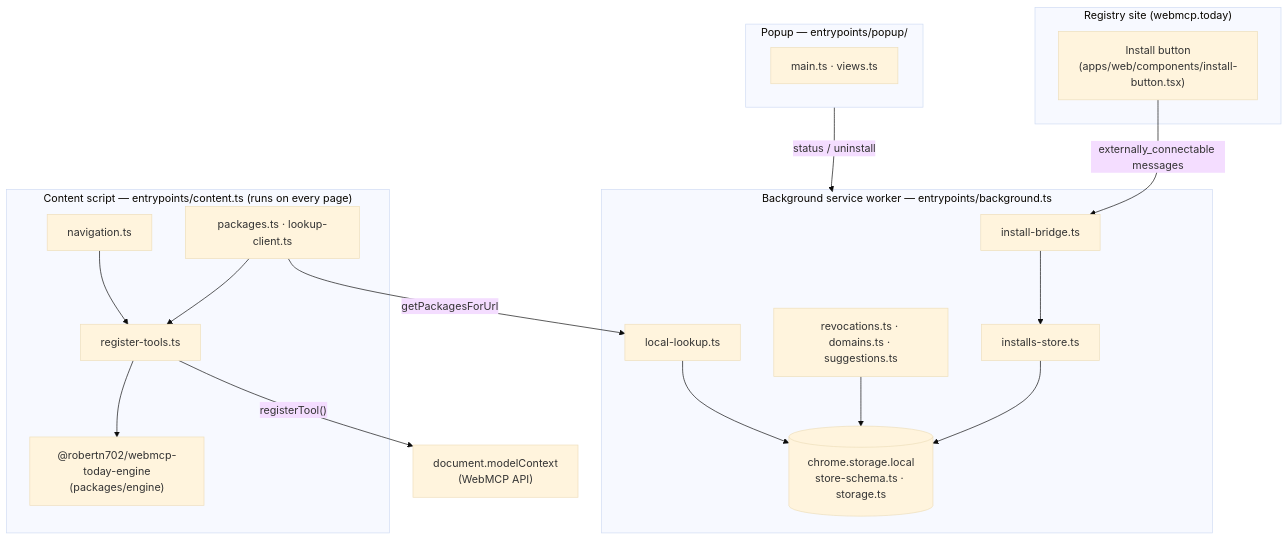
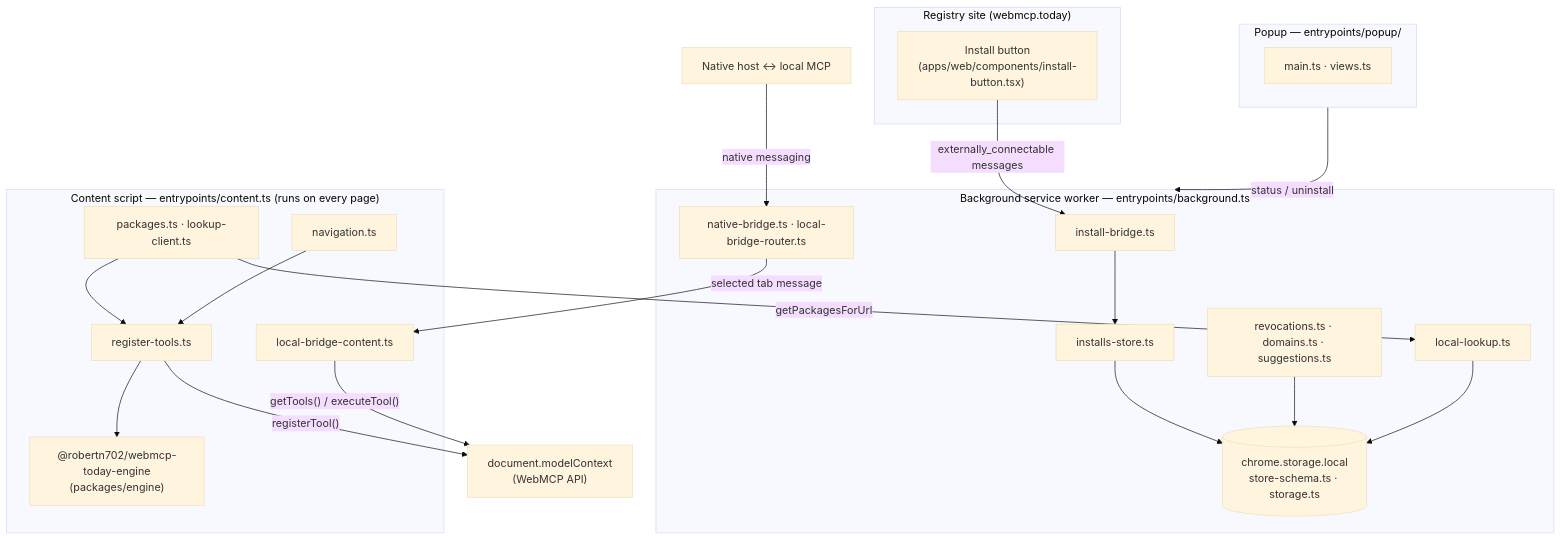
The first of 6 diagrams in apps/extension/ARCHITECTURE.md (robertn702/webmcp-today), drawn with Mermaid (base theme) before and after one commit. The commit also changed other lines of this file and 10 other files, not shown here.

Commit message:
docs: replace stale DevTools MCP guidance with local bridge

````diff
--- a/apps/extension/ARCHITECTURE.md
+++ b/apps/extension/ARCHITECTURE.md
@@ -15,36 +15,41 @@
 ```mermaid
 flowchart TB
     subgraph Site["Registry site (webmcp.today)"]
         UI["Install button<br/>(apps/web/components/install-button.tsx)"]
     end
 
     subgraph BG["Background service worker — entrypoints/background.ts"]
-        BRIDGE["install-bridge.ts"]
+        IBRIDGE["install-bridge.ts"]
+        LBRIDGE["native-bridge.ts · local-bridge-router.ts"]
         LOOKUP["local-lookup.ts"]
         POLLS["revocations.ts · domains.ts · suggestions.ts"]
         STORE["installs-store.ts"]
         ST[("chrome.storage.local<br/>store-schema.ts · storage.ts")]
-        BRIDGE --> STORE --> ST
+        IBRIDGE --> STORE --> ST
         POLLS --> ST
         LOOKUP --> ST
     end
 
     subgraph CS["Content script — entrypoints/content.ts (runs on every page)"]
         PKG["packages.ts · lookup-client.ts"]
         REG["register-tools.ts"]
+        LCONTENT["local-bridge-content.ts"]
         NAV["navigation.ts"]
         EXEC["@robertn702/webmcp-today-engine<br/>(packages/engine)"]
         PKG --> REG
         NAV --> REG
         REG --> EXEC
     end
 
     subgraph POP["Popup — entrypoints/popup/"]
         VIEWS["main.ts · views.ts"]
     end
 
-    UI -- "externally_connectable messages" --> BRIDGE
+    UI -- "externally_connectable messages" --> IBRIDGE
     PKG -- "getPackagesForUrl" --> LOOKUP
     POP -- "status / uninstall" --> BG
     REG -- "registerTool()" --> MC["document.modelContext<br/>(WebMCP API)"]
+    HOST["Native host ↔ local MCP"] -- "native messaging" --> LBRIDGE
+    LBRIDGE -- "selected tab message" --> LCONTENT
+    LCONTENT -- "getTools() / executeTool()" --> MC
 ```
````
